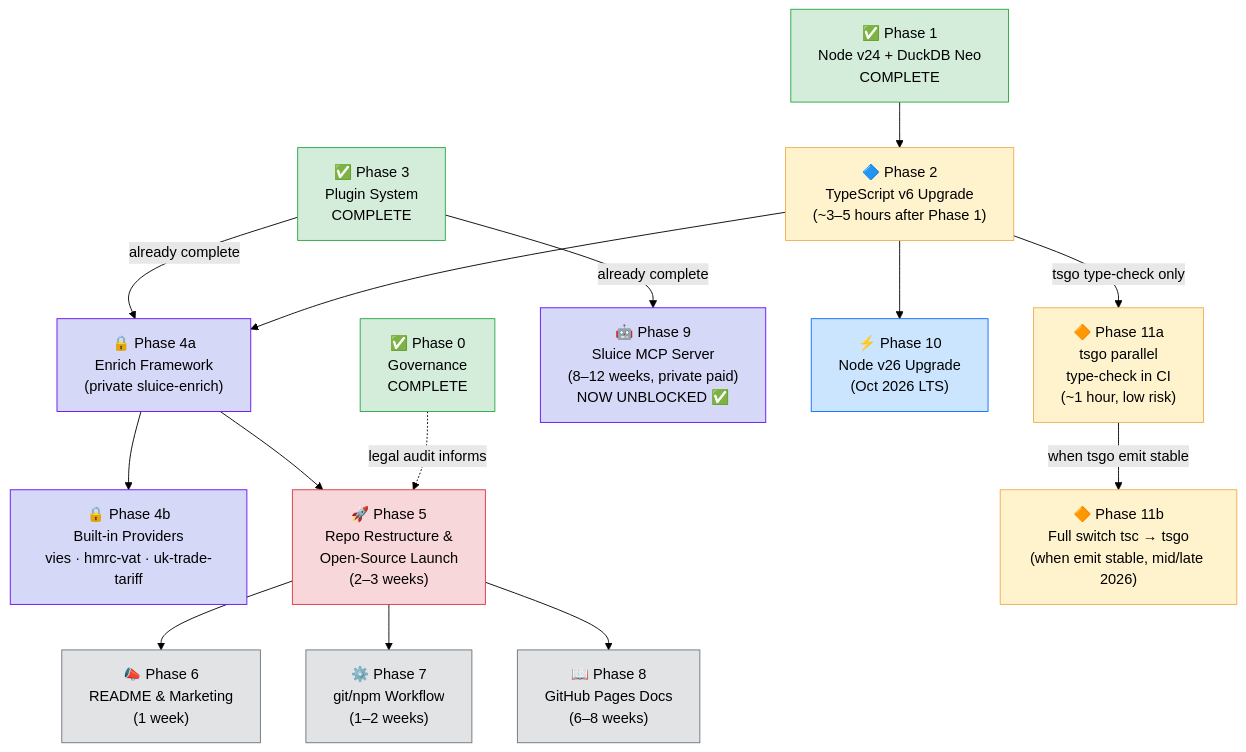
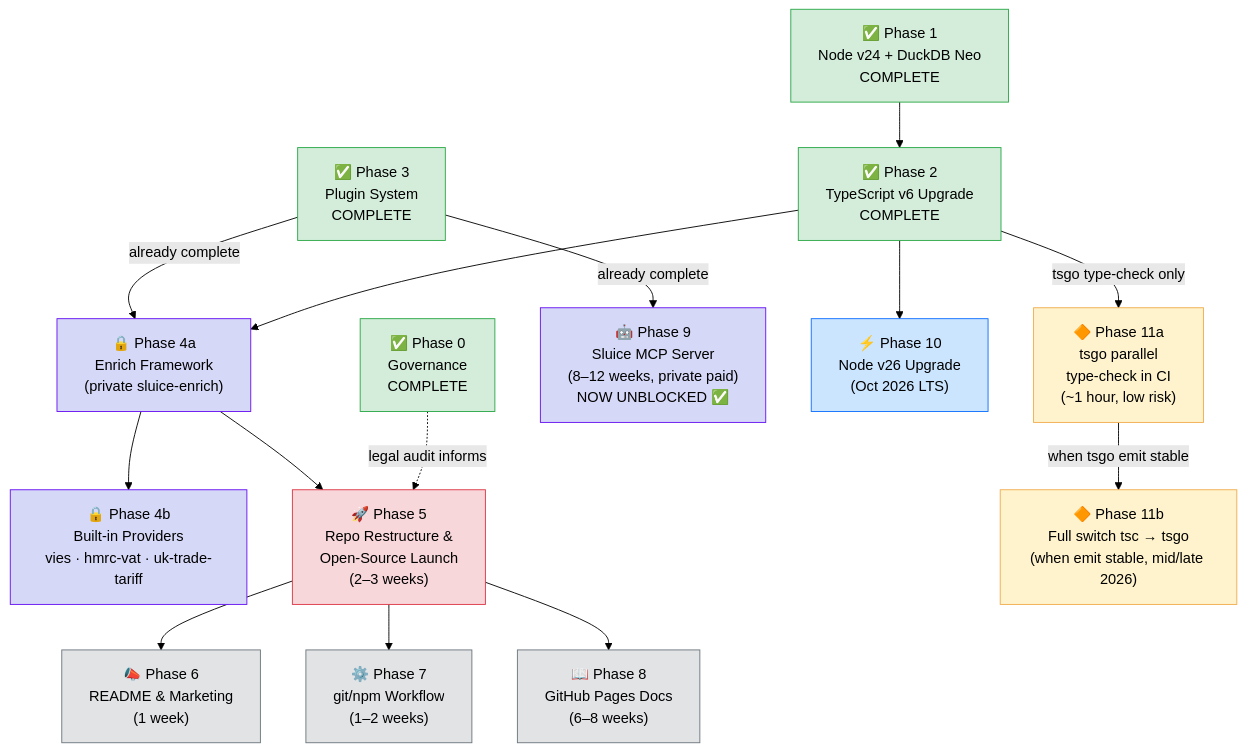
The second of 8 diagrams in docs/SLUICE-IMPLEMENTATION-PLAN.md (caracal-lynx/sluice), drawn with Mermaid (forest theme) before and after one commit. The commit also changed other lines of this file and 1 other file, not shown here.

First line of the commit message:
[docs/post-ts6-status] - 📝 Mark Phase 2 (TypeScript v6) complete in implementation plan (#14)

````diff
--- a/docs/SLUICE-IMPLEMENTATION-PLAN.md
+++ b/docs/SLUICE-IMPLEMENTATION-PLAN.md
@@ -137,46 +137,46 @@
 ```mermaid
 flowchart TD
     P0["✅ Phase 0\nGovernance\nCOMPLETE"]
     P1["✅ Phase 1\nNode v24 + DuckDB Neo\nCOMPLETE"]
-    P2["🔷 Phase 2\nTypeScript v6 Upgrade\n(~3–5 hours after Phase 1)"]
+    P2["✅ Phase 2\nTypeScript v6 Upgrade\nCOMPLETE"]
     P3["✅ Phase 3\nPlugin System\nCOMPLETE"]
     P4A["🔒 Phase 4a\nEnrich Framework\n(private sluice-enrich)"]
     P4B["🔒 Phase 4b\nBuilt-in Providers\nvies · hmrc-vat · uk-trade-tariff"]
     P5["🚀 Phase 5\nRepo Restructure &\nOpen-Source Launch\n(2–3 weeks)"]
     P6["📣 Phase 6\nREADME & Marketing\n(1 week)"]
     P7["⚙️ Phase 7\ngit/npm Workflow\n(1–2 weeks)"]
     P8["📖 Phase 8\nGitHub Pages Docs\n(6–8 weeks)"]
     P9["🤖 Phase 9\nSluice MCP Server\n(8–12 weeks, private paid)\nNOW UNBLOCKED ✅"]
     P10["⚡ Phase 10\nNode v26 Upgrade\n(Oct 2026 LTS)"]
     P11A["🔶 Phase 11a\ntsgo parallel\ntype-check in CI\n(~1 hour, low risk)"]
     P11B["🔶 Phase 11b\nFull switch tsc → tsgo\n(when emit stable, mid/late 2026)"]
 
     P0 -.->|legal audit informs| P5
     P1 --> P2
     P2 -->|tsgo type-check only| P11A
     P2 --> P4A
     P3 -->|already complete| P4A
     P3 -->|already complete| P9
     P4A --> P4B
     P4A --> P5
     P5 --> P6
     P5 --> P7
     P5 --> P8
     P2 --> P10
     P11A -->|when tsgo emit stable| P11B
 
     style P0 fill:#d4edda,stroke:#28a745
     style P1 fill:#d4edda,stroke:#28a745
-    style P2 fill:#fff3cd,stroke:#f0ad4e
+    style P2 fill:#d4edda,stroke:#28a745
     style P3 fill:#d4edda,stroke:#28a745
     style P4A fill:#d6d8f7,stroke:#6610f2
     style P4B fill:#d6d8f7,stroke:#6610f2
     style P5 fill:#f8d7da,stroke:#dc3545
     style P6 fill:#e2e3e5,stroke:#6c757d
     style P7 fill:#e2e3e5,stroke:#6c757d
     style P8 fill:#e2e3e5,stroke:#6c757d
     style P9 fill:#d6d8f7,stroke:#6610f2
     style P10 fill:#cce5ff,stroke:#0d6efd
     style P11A fill:#fff3cd,stroke:#f0ad4e
     style P11B fill:#fff3cd,stroke:#f0ad4e
 ```
````
